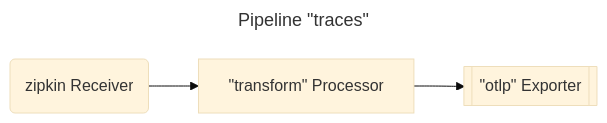
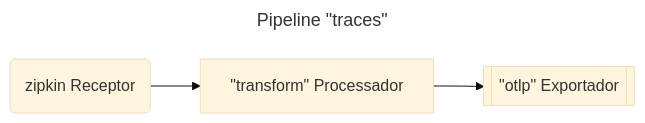
Before and after one commit to open-telemetry/opentelemetry.io: the fourth of 7 diagrams in content/pt/docs/collector/architecture.md, drawn with Mermaid (base theme). The commit also changed other lines of this file, not shown here.

Commit message:
docs(pt): localize Collector architecture

````diff
--- a/content/pt/docs/collector/architecture.md
+++ b/content/pt/docs/collector/architecture.md
@@ -248,8 +248,8 @@
 ```mermaid
 ---
 title: Pipeline "traces"
 ---
 flowchart LR
-  R1("`zipkin Receiver`") --> P1["`#quot;transform#quot; Processor`"]
-  P1 --> E1[["`#quot;otlp#quot; Exporter`"]]
+  R1("`zipkin Receptor`") --> P1["`#quot;transform#quot; Processador`"]
+  P1 --> E1[["`#quot;otlp#quot; Exportador`"]]
 ```
````
